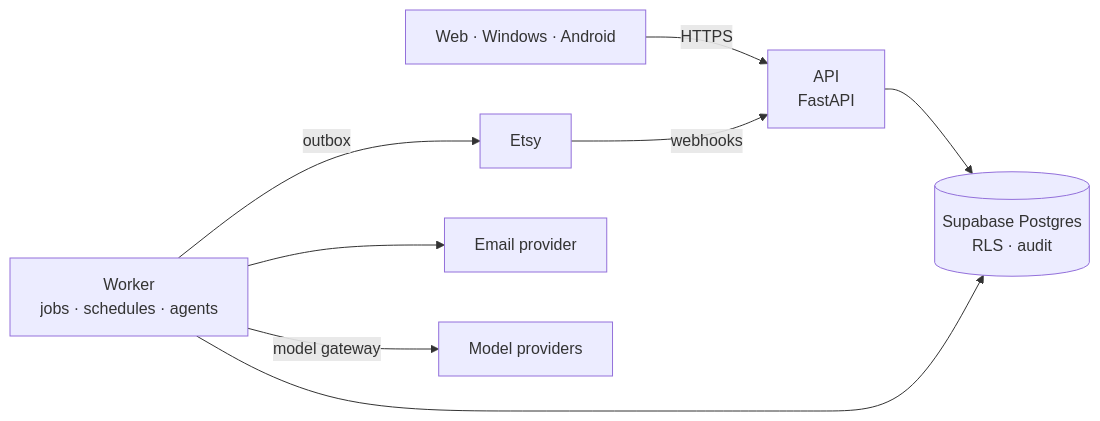
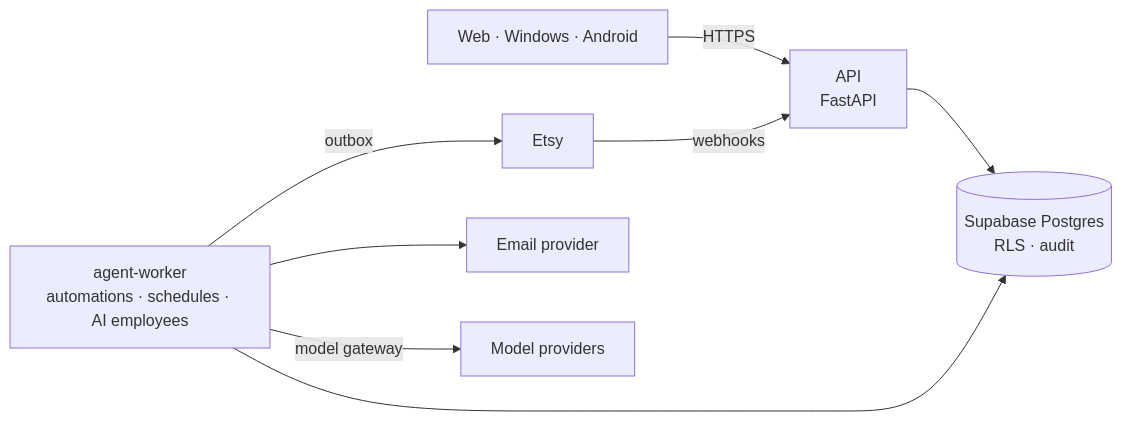
The diagram in README.md (Tzvi1234/htco-platform), drawn with Mermaid before and after one commit. The commit also changed other lines of this file and 65 other files, not shown here.

First line of the commit message:
docs: adopt the living-office architecture across the plan, PRD and design docs

````diff
--- a/README.md
+++ b/README.md
@@ -36,10 +36,10 @@
 ```mermaid
 flowchart LR
   clients[Web · Windows · Android] -->|HTTPS| api[API<br/>FastAPI]
   etsy[Etsy] -->|webhooks| api
   api --> db[(Supabase Postgres<br/>RLS · audit)]
-  worker[Worker<br/>jobs · schedules · agents] --> db
+  worker[agent-worker<br/>automations · schedules · AI employees] --> db
   worker -->|outbox| etsy
   worker --> mail[Email provider]
   worker -->|model gateway| llm[Model providers]
 ```
````
